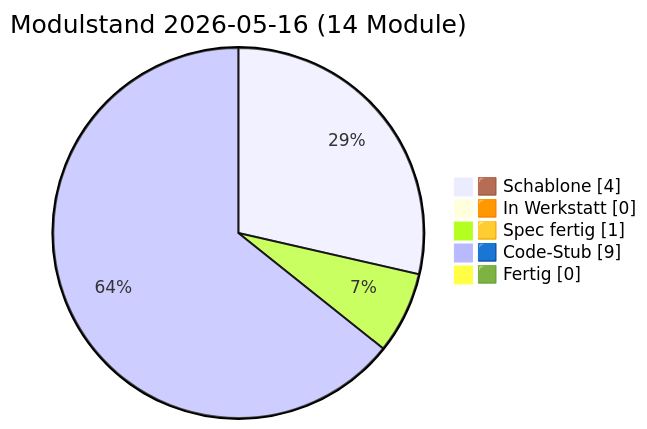
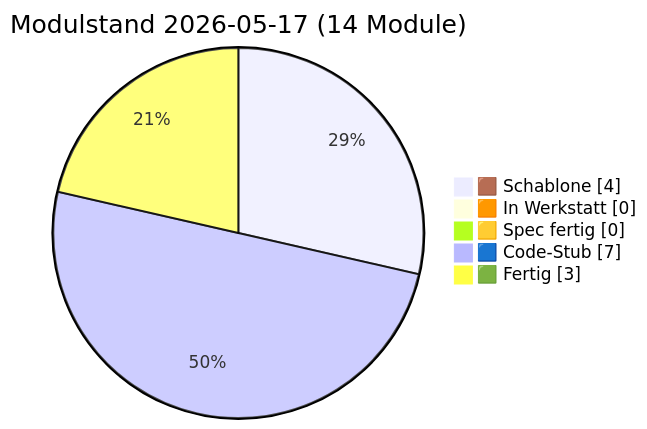
One commit to lausiklauskn-png/Sage-Protokol changed the diagram in docs/PULS.md. Above: the diagram before and after it, drawn with Mermaid. The commit also changed other lines of this file and 3 other files, not shown here.

````diff
--- a/docs/PULS.md
+++ b/docs/PULS.md
@@ -16,9 +16,9 @@
 ```mermaid
 pie showData
-  title Modulstand 2026-05-16 (14 Module)
+  title Modulstand 2026-05-17 (14 Module)
   "🟫 Schablone" : 4
   "🟧 In Werkstatt" : 0
-  "🟨 Spec fertig" : 1
-  "🟦 Code-Stub" : 9
-  "🟩 Fertig" : 0
+  "🟨 Spec fertig" : 0
+  "🟦 Code-Stub" : 7
+  "🟩 Fertig" : 3
 ```
````
